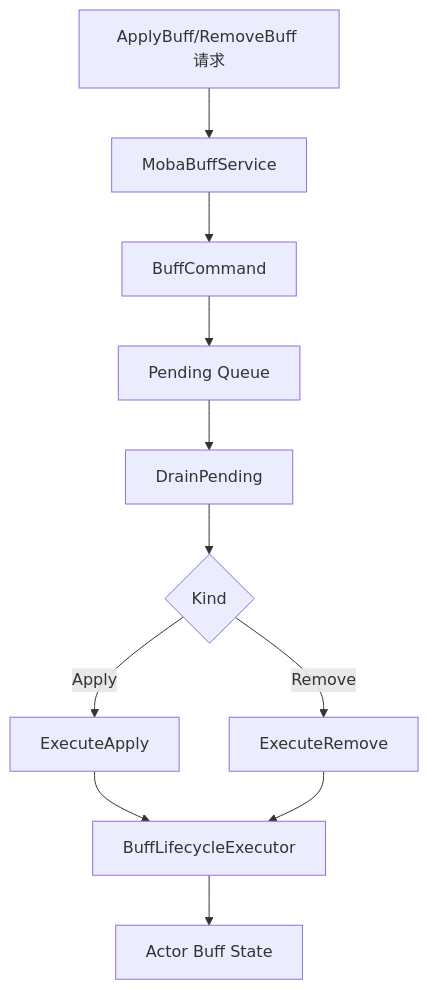
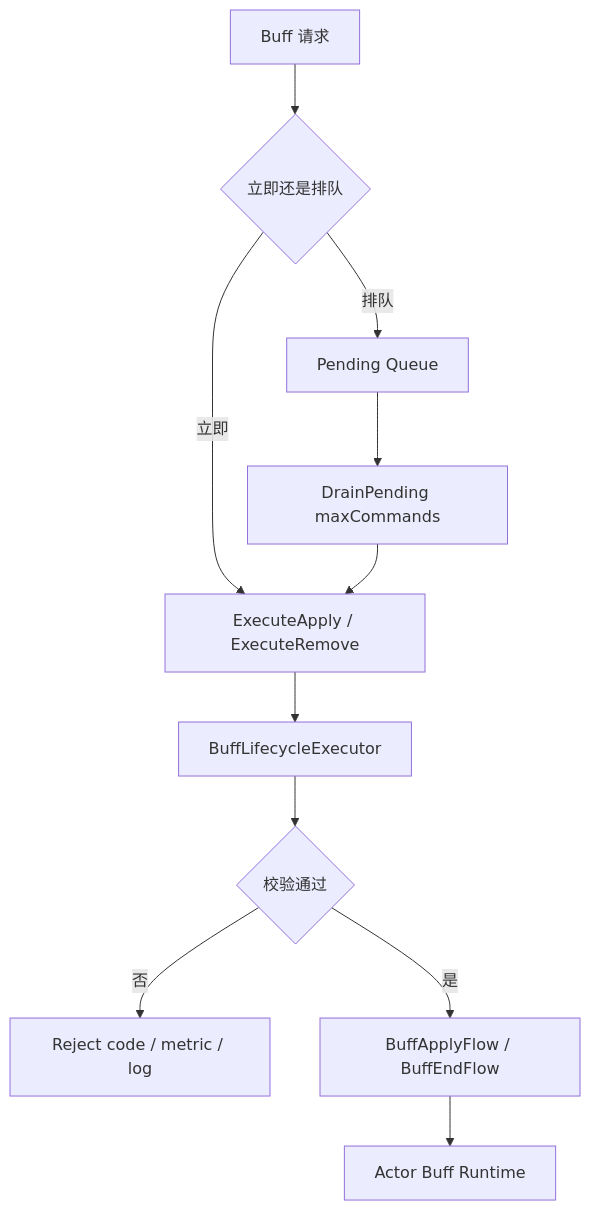
The second of 4 diagrams in Docs/design/09-ImplementationExamples/MOBA/03-BuffProjectileDamage.md (Kurumioi/AbilityKit), drawn with Mermaid before and after one commit. The commit also changed other lines of this file and 118 other files, not shown here.

````diff
--- a/Docs/design/09-ImplementationExamples/MOBA/03-BuffProjectileDamage.md
+++ b/Docs/design/09-ImplementationExamples/MOBA/03-BuffProjectileDamage.md
@@ -26,13 +58,13 @@
 ```mermaid
 flowchart TD
-    A["ApplyBuff/RemoveBuff 请求"] --> B["MobaBuffService"]
-    B --> C["BuffCommand"]
-    C --> D["Pending Queue"]
-    D --> E["DrainPending"]
-    E --> F{Kind}
-    F -->|Apply| G["ExecuteApply"]
-    F -->|Remove| H["ExecuteRemove"]
-    G --> I["BuffLifecycleExecutor"]
-    H --> I
-    I --> J["Actor Buff State"]
+    A[Buff 请求] --> B{立即还是排队}
+    B -->|立即| C[ExecuteApply / ExecuteRemove]
+    B -->|排队| D[Pending Queue]
+    D --> E[DrainPending maxCommands]
+    E --> C
+    C --> F[BuffLifecycleExecutor]
+    F --> G{校验通过}
+    G -->|否| H[Reject code / metric / log]
+    G -->|是| I[BuffApplyFlow / BuffEndFlow]
+    I --> J[Actor Buff Runtime]
 ```
````
